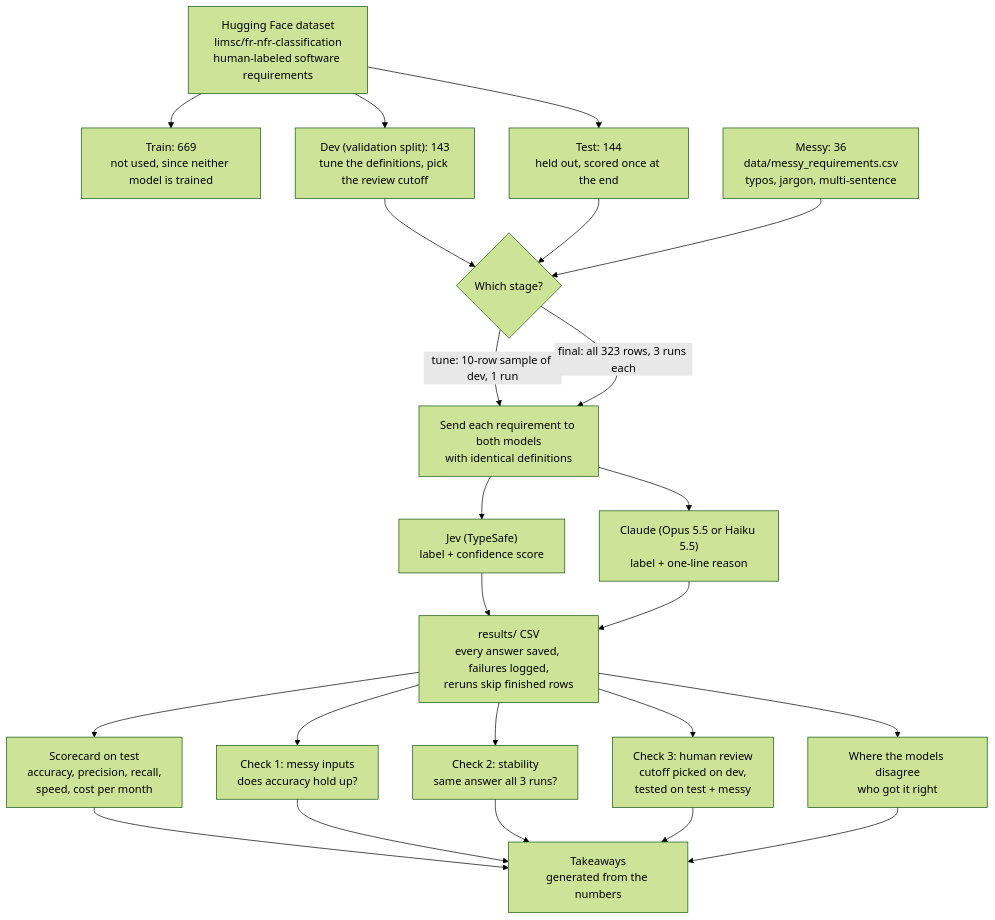
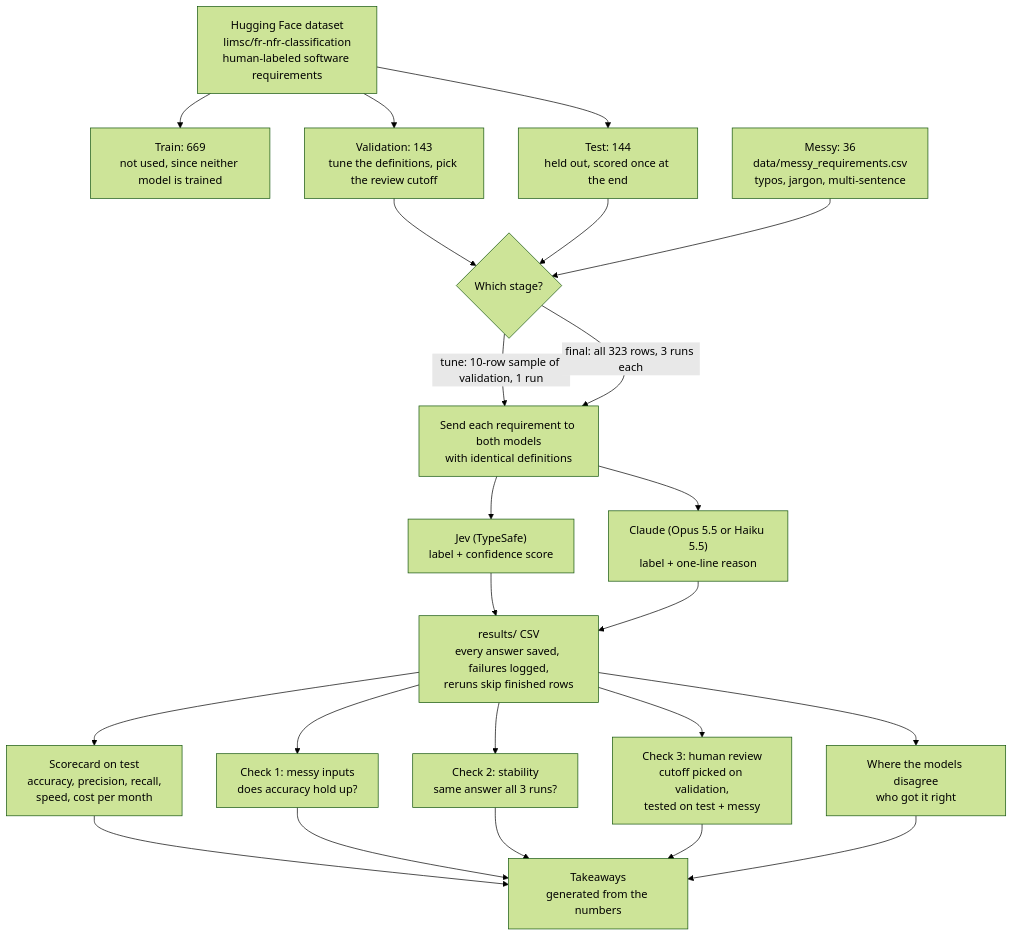
One commit to akshathaprabhu22/Faster-cheaper-classification-is-a-decision-model-good-enough-Jev-vs-Claude changed the diagram in README.md. Above: the diagram before and after it, drawn with Mermaid (forest theme). The commit also changed other lines of this file and 1 other file, not shown here.

Commit message:
Rename dev set to validation; switch settings to the final run

````diff
--- a/README.md
+++ b/README.md
@@ -45,31 +45,31 @@
 ```mermaid
 flowchart TD
     HF["Hugging Face dataset<br/>limsc/fr-nfr-classification<br/>human-labeled software requirements"]
     HF --> TRAIN["Train: 669<br/>not used, since neither model is trained"]
-    HF --> DEV["Dev (validation split): 143<br/>tune the definitions, pick the review cutoff"]
+    HF --> DEV["Validation: 143<br/>tune the definitions, pick the review cutoff"]
     HF --> TEST["Test: 144<br/>held out, scored once at the end"]
     MESSY["Messy: 36<br/>data/messy_requirements.csv<br/>typos, jargon, multi-sentence"]
 
     DEV --> STAGE{"Which stage?"}
     TEST --> STAGE
     MESSY --> STAGE
-    STAGE -- "tune: 10-row sample of dev, 1 run" --> CALL
+    STAGE -- "tune: 10-row sample of validation, 1 run" --> CALL
     STAGE -- "final: all 323 rows, 3 runs each" --> CALL
 
     CALL["Send each requirement to both models<br/>with identical definitions"]
     CALL --> JEV["Jev (TypeSafe)<br/>label + confidence score"]
     CALL --> CLAUDE["Claude (Opus 5.5 or Haiku 5.5)<br/>label + one-line reason"]
     JEV --> CSV["results/ CSV<br/>every answer saved, failures logged,<br/>reruns skip finished rows"]
     CLAUDE --> CSV
 
     CSV --> SCORE["Scorecard on test<br/>accuracy, precision, recall,<br/>speed, cost per month"]
     CSV --> C1["Check 1: messy inputs<br/>does accuracy hold up?"]
     CSV --> C2["Check 2: stability<br/>same answer all 3 runs?"]
-    CSV --> C3["Check 3: human review<br/>cutoff picked on dev,<br/>tested on test + messy"]
+    CSV --> C3["Check 3: human review<br/>cutoff picked on validation,<br/>tested on test + messy"]
     CSV --> DIS["Where the models disagree<br/>who got it right"]
     SCORE --> TAKE["Takeaways<br/>generated from the numbers"]
     C1 --> TAKE
     C2 --> TAKE
     C3 --> TAKE
     DIS --> TAKE
 ```
````
